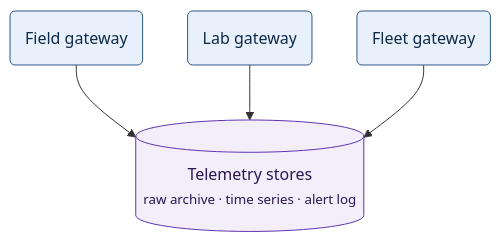
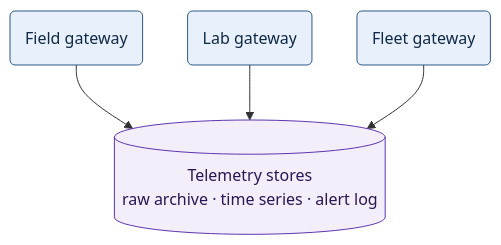
The second of 4 diagrams in .agent/skills/mermaid-authoring-guidelines/references/layout-and-planarity.md (MatrixFounder/Agentic-development), drawn with Mermaid before and after one commit. The commit also changed other lines of this file and 41 other files, not shown here.

````diff
--- a/.agent/skills/mermaid-authoring-guidelines/references/layout-and-planarity.md
+++ b/.agent/skills/mermaid-authoring-guidelines/references/layout-and-planarity.md
@@ -137,13 +137,13 @@
 ```mermaid
-%%{init: {"layout": "dagre", "look": "classic", "flowchart": {"nodeSpacing": 45, "rankSpacing": 55, "wrappingWidth": 400}}}%%
+%%{init: {"layout": "dagre", "look": "classic", "flowchart": {"nodeSpacing": 45, "rankSpacing": 55, "wrappingWidth": 400}, "themeCSS": "foreignObject { overflow: visible; }"}}%%
 flowchart TB
   accTitle: Gateways and stores
   accDescr: The three stores drawn as one node.
-  Fld("Field gateway") --> Sto[("Telemetry stores<br/><small>raw archive · time series · alert log</small>")]
+  Fld("Field gateway") --> Sto[("Telemetry stores<br/>raw archive · time series · alert log")]
   Lab("Lab gateway") --> Sto
   Flt("Fleet gateway") --> Sto
   class Fld,Lab,Flt wf
   class Sto db
   classDef wf fill:#E8F0FB,stroke:#2E5A8A,color:#0F2A47
   classDef db fill:#F3EEF9,stroke:#5E35B1,color:#2A1653
 ```
````
